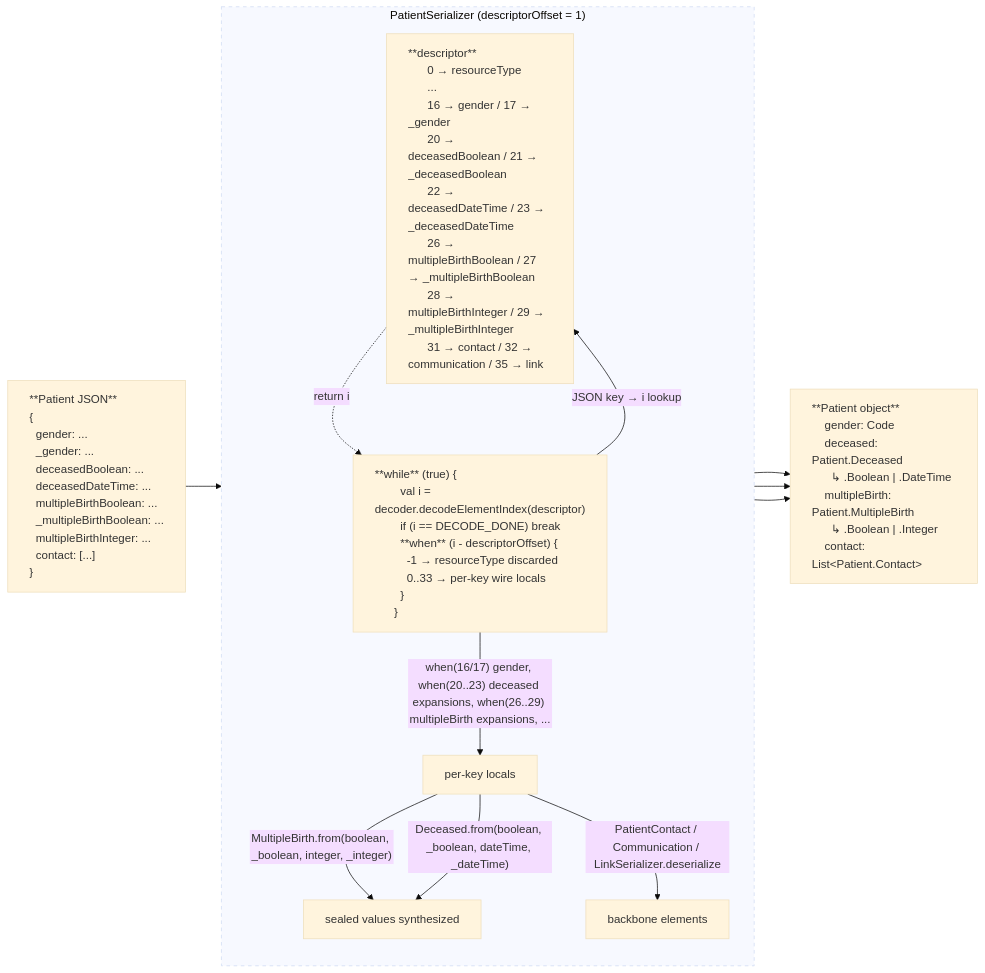
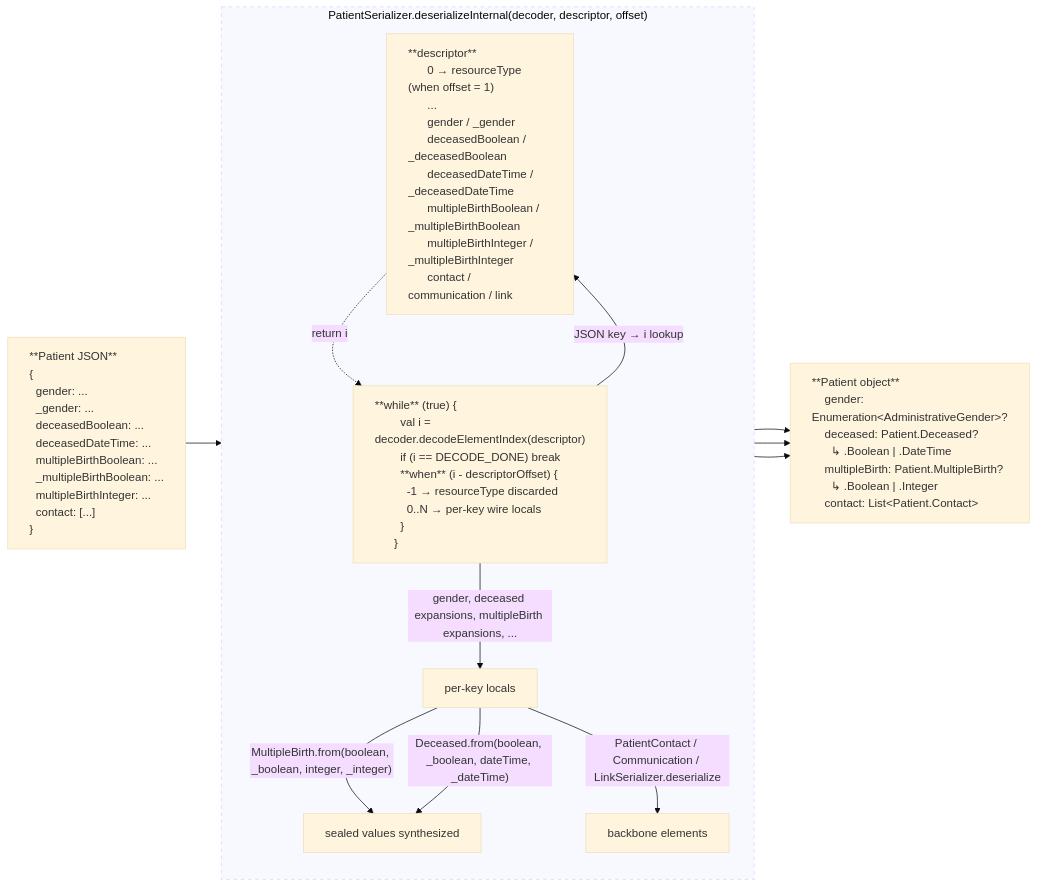
Before and after one commit to google/kotlin-fhir: the second of 3 diagrams in README.md, drawn with Mermaid (base theme). The commit also changed other lines of this file and 7 other files, not shown here.

````diff
--- a/README.md
+++ b/README.md
@@ -308,63 +311,63 @@
 ```mermaid
 graph LR
     A["**Patient JSON**
     {
     #nbsp;#nbsp;gender: ...
     #nbsp;#nbsp;_gender: ...
     #nbsp;#nbsp;deceasedBoolean: ...
     #nbsp;#nbsp;deceasedDateTime: ...
     #nbsp;#nbsp;multipleBirthBoolean: ...
     #nbsp;#nbsp;_multipleBirthBoolean: ...
     #nbsp;#nbsp;multipleBirthInteger: ...
     #nbsp;#nbsp;contact: [...]
     }
     "]
     E["**Patient object**
-    gender: Code
-    deceased: Patient.Deceased
+    gender: Enumeration&lt;AdministrativeGender&gt;?
+    deceased: Patient.Deceased?
     #nbsp;#nbsp;↳ .Boolean | .DateTime
-    multipleBirth: Patient.MultipleBirth
+    multipleBirth: Patient.MultipleBirth?
     #nbsp;#nbsp;↳ .Boolean | .Integer
     contact: List&lt;Patient.Contact&gt;
     "]
 
-    subgraph PS["PatientSerializer  (descriptorOffset = 1)"]
+    subgraph PS["PatientSerializer.deserializeInternal(decoder, descriptor, offset)"]
       direction TB
       Desc["**descriptor**
-      0 → resourceType
+      0 → resourceType (when offset = 1)
       ...
-      16 → gender / 17 → _gender
-      20 → deceasedBoolean / 21 → _deceasedBoolean
-      22 → deceasedDateTime / 23 → _deceasedDateTime
-      26 → multipleBirthBoolean / 27 → _multipleBirthBoolean
-      28 → multipleBirthInteger / 29 → _multipleBirthInteger
-      31 → contact / 32 → communication / 35 → link"]
+      gender / _gender
+      deceasedBoolean / _deceasedBoolean
+      deceasedDateTime / _deceasedDateTime
+      multipleBirthBoolean / _multipleBirthBoolean
+      multipleBirthInteger / _multipleBirthInteger
+      contact / communication / link"]
 
       Loop["**while** (true) {
       #nbsp;#nbsp;val i = decoder.decodeElementIndex(descriptor)
       #nbsp;#nbsp;if (i == DECODE_DONE) break
       #nbsp;#nbsp;**when** (i - descriptorOffset) {
       #nbsp;#nbsp;#nbsp;#nbsp;-1 → resourceType discarded
-      #nbsp;#nbsp;#nbsp;#nbsp;0..33 → per-key wire locals
+      #nbsp;#nbsp;#nbsp;#nbsp;0..N → per-key wire locals
       #nbsp;#nbsp;}
       }"]
 
       Loop -- "JSON key → i lookup" --> Desc
       Desc -. "return i" .-> Loop
-      Loop -- "when(16/17) gender, when(20..23) deceased expansions, when(26..29) multipleBirth expansions, ..." --> Locals[per-key locals]
+      Loop -- "gender, deceased expansions, multipleBirth expansions, ..." --> Locals[per-key locals]
       Locals -- "MultipleBirth.from(boolean, _boolean, integer, _integer)" --> Seal[sealed values synthesized]
       Locals -- "Deceased.from(boolean, _boolean, dateTime, _dateTime)" --> Seal
       Locals -- "PatientContact / Communication / LinkSerializer.deserialize" --> BB[backbone elements]
     end
 
     A --> PS
     Seal --> E
     BB --> E
     Locals --> E
 
     style A text-align:left
     style E text-align:left
     style Desc text-align:left
     style Loop text-align:left
     style PS stroke-dasharray: 5 5
 ```
````
